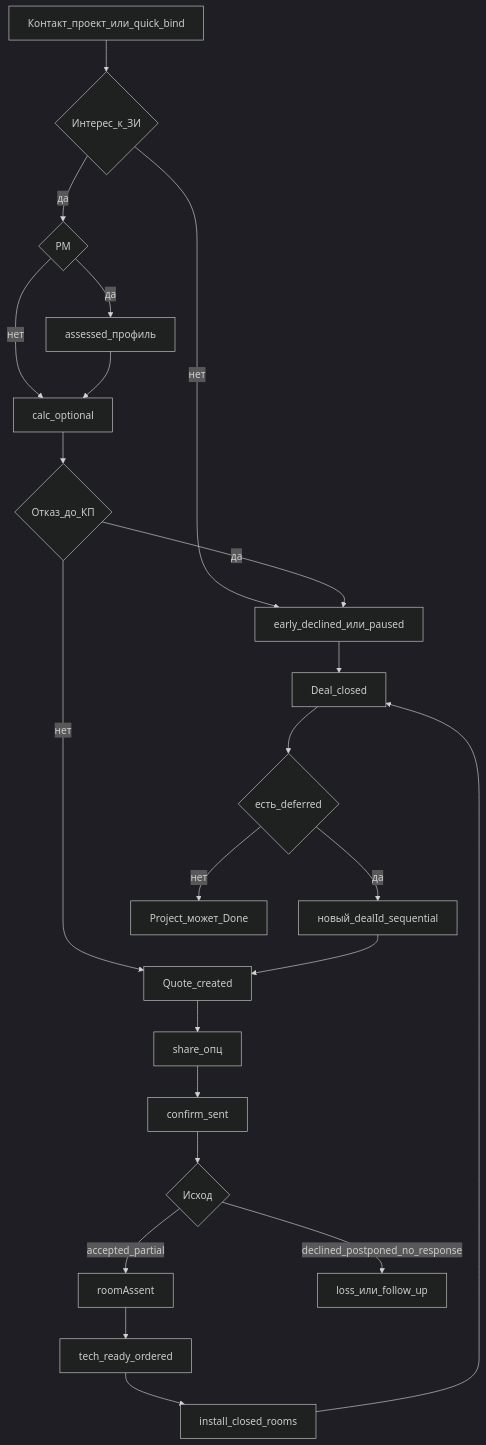
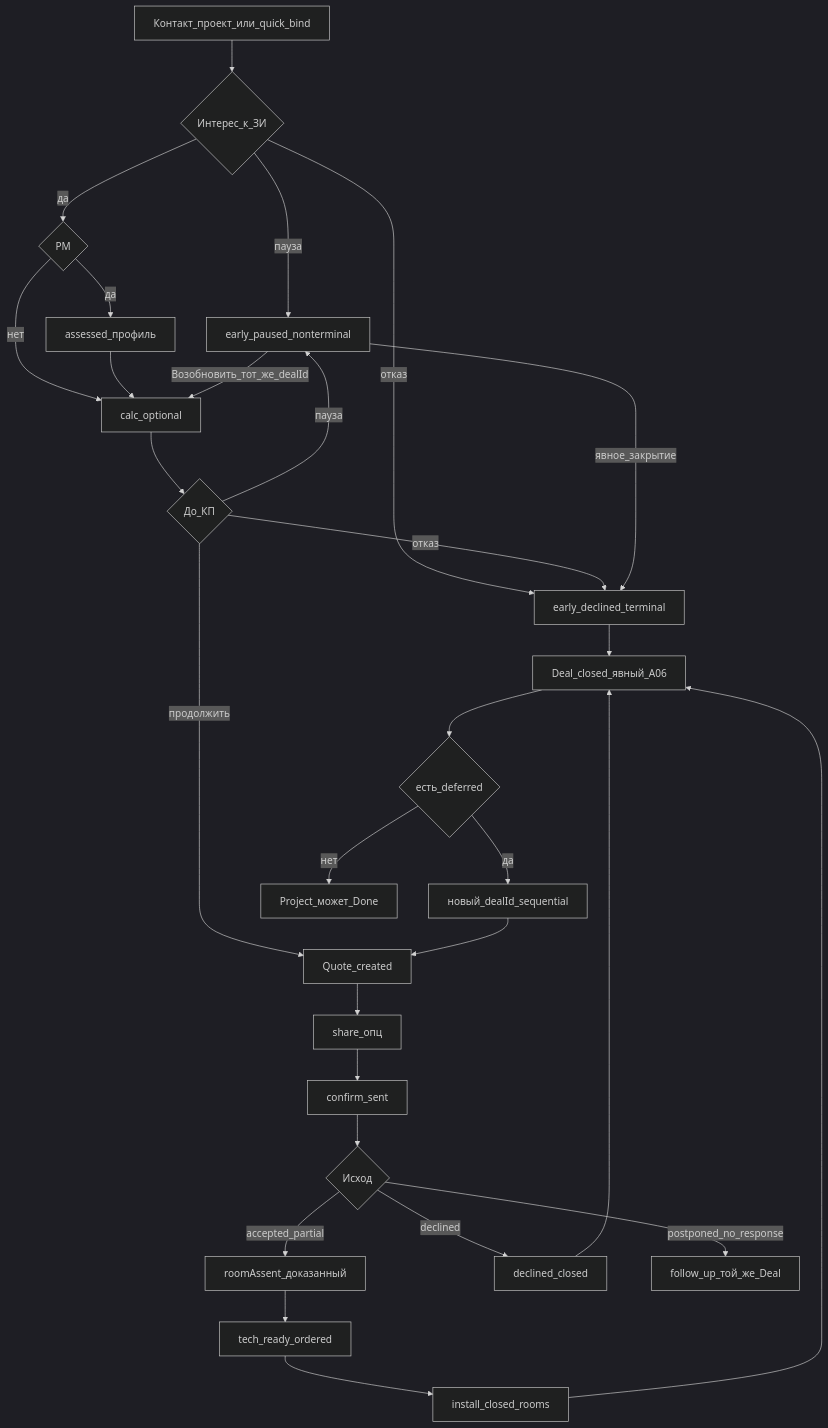
Before and after one commit to Paulos99/multiframe-partner: the diagram in docs/partner-ux-spec/08-commercial-process.md, drawn with Mermaid (dark theme). The commit also changed other lines of this file and 32 other files, not shown here.

````diff
--- a/docs/partner-ux-spec/08-commercial-process.md
+++ b/docs/partner-ux-spec/08-commercial-process.md
@@ -220,25 +222,31 @@
 ```mermaid
 flowchart TD
   A[Контакт_проект_или_quick_bind] --> B{Интерес_к_ЗИ}
-  B -->|нет| E1[early_declined_или_paused]
+  B -->|отказ| ED[early_declined_terminal]
+  B -->|пауза| EP[early_paused_nonterminal]
   B -->|да| C{PM}
   C -->|да| D[assessed_профиль]
   C -->|нет| F[calc_optional]
   D --> F
-  F --> G{Отказ_до_КП}
-  G -->|да| E1
-  G -->|нет| H[Quote_created]
+  F --> G{До_КП}
+  G -->|отказ| ED
+  G -->|пауза| EP
+  G -->|продолжить| H[Quote_created]
+  EP -->|Возобновить_тот_же_dealId| F
+  EP -->|явное_закрытие| ED
   H --> I[share_опц]
   I --> J[confirm_sent]
   J --> K{Исход}
-  K -->|accepted_partial| L[roomAssent]
-  K -->|declined_postponed_no_response| M[loss_или_follow_up]
+  K -->|accepted_partial| L[roomAssent_доказанный]
+  K -->|declined| M1[declined_closed]
+  K -->|postponed_no_response| M2[follow_up_той_же_Deal]
   L --> N[tech_ready_ordered]
   N --> O[install_closed_rooms]
-  O --> P[Deal_closed]
+  O --> P[Deal_closed_явный_A06]
   P --> Q{есть_deferred}
   Q -->|да| R[новый_dealId_sequential]
   Q -->|нет| S[Project_может_Done]
   R --> H
-  E1 --> P
+  ED --> P
+  M1 --> P
 ```
````
